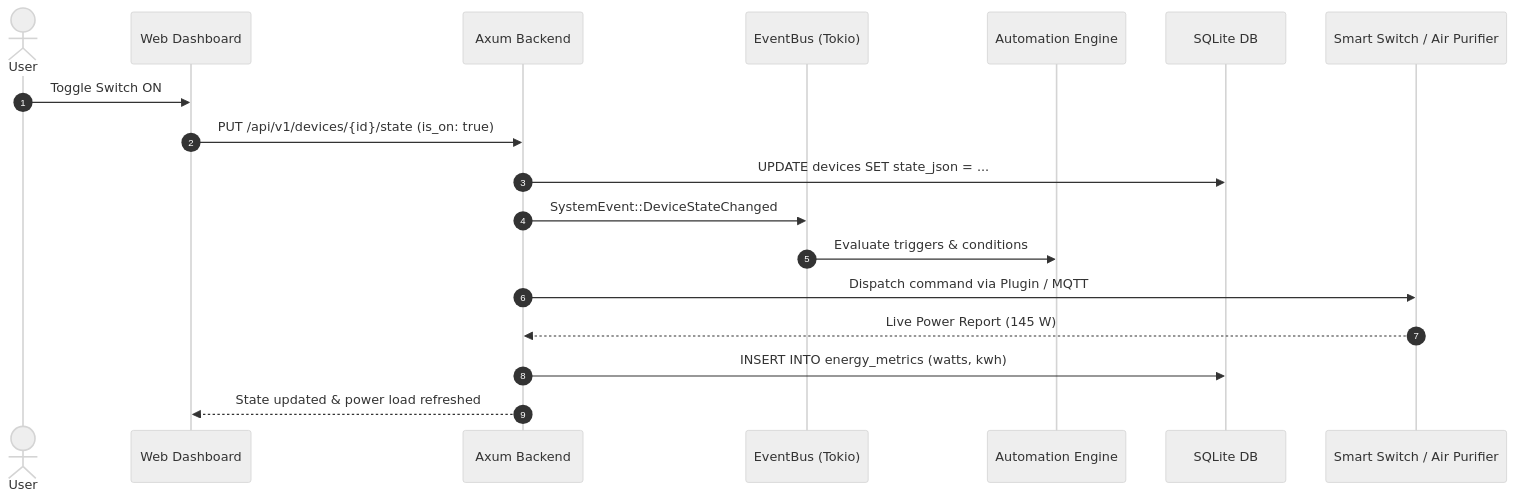
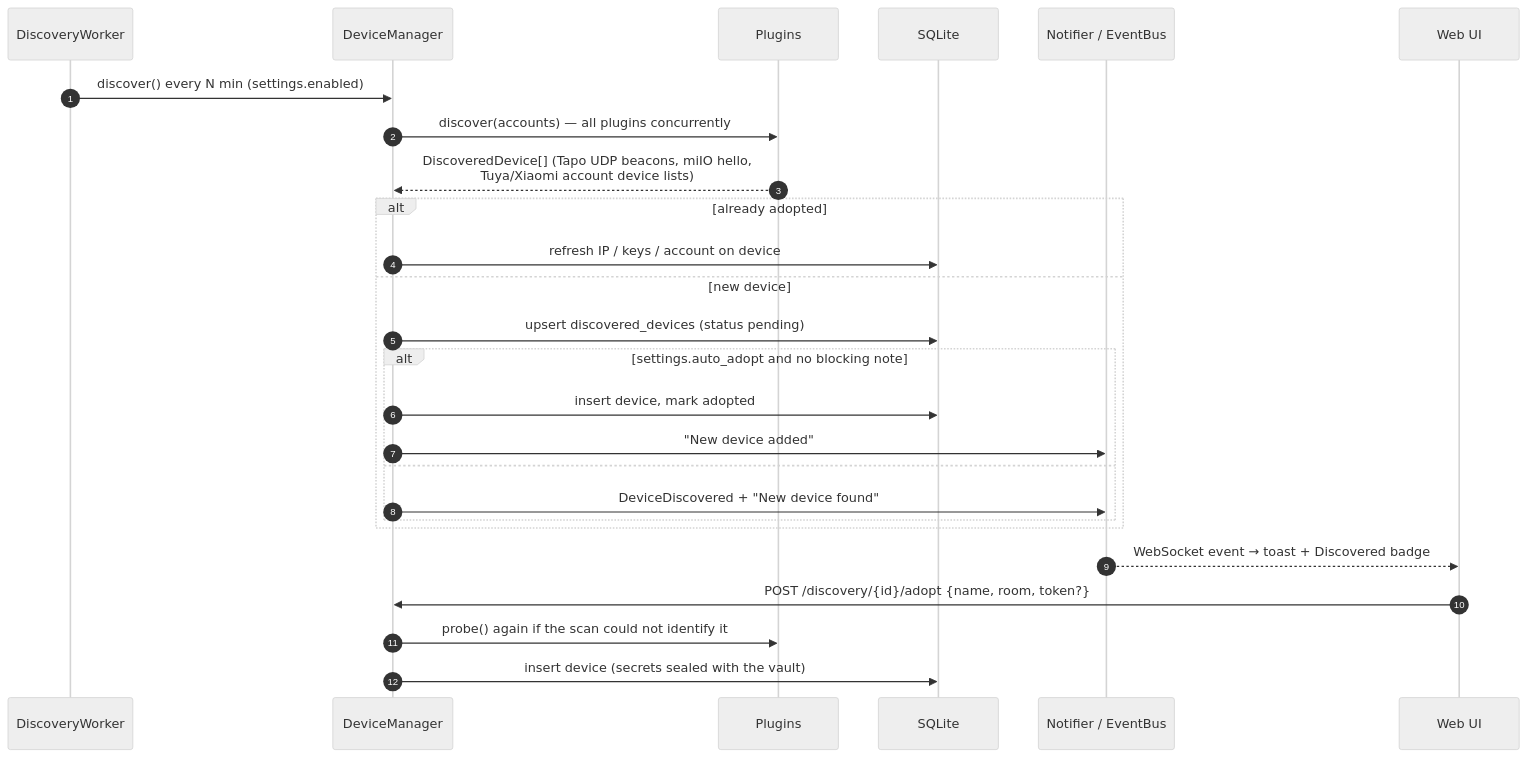
Before and after one commit to aiyu-ayaan/Domus: the third of 8 diagrams in development/docs/ARCHITECTURE.md, drawn with Mermaid (neutral theme). The commit also changed other lines of this file and 3 other files, not shown here.

Commit message:
docs(Architecture) : document integrations, discovery, security and UI architecture

````diff
--- a/development/docs/ARCHITECTURE.md
+++ b/development/docs/ARCHITECTURE.md
@@ -83,21 +97,29 @@
 ```mermaid
 sequenceDiagram
     autonumber
-    actor User
-    participant UI as Web Dashboard
-    participant API as Axum Backend
-    participant Bus as EventBus (Tokio)
-    participant Engine as Automation Engine
-    participant DB as SQLite DB
-    participant Device as Smart Switch / Air Purifier
+    participant W as DiscoveryWorker
+    participant M as DeviceManager
+    participant P as Plugins
+    participant DB as SQLite
+    participant N as Notifier / EventBus
+    participant UI as Web UI
 
-    User->>UI: Toggle Switch ON
-    UI->>API: PUT /api/v1/devices/{id}/state (is_on: true)
-    API->>DB: UPDATE devices SET state_json = ...
-    API->>Bus: SystemEvent::DeviceStateChanged
-    Bus->>Engine: Evaluate triggers & conditions
-    API->>Device: Dispatch command via Plugin / MQTT
-    Device-->>API: Live Power Report (145 W)
-    API->>DB: INSERT INTO energy_metrics (watts, kwh)
-    API-->>UI: State updated & power load refreshed
+    W->>M: discover() every N min (settings.enabled)
+    M->>P: discover(accounts) — all plugins concurrently
+    P-->>M: DiscoveredDevice[] (Tapo UDP beacons, miIO hello,<br/>Tuya/Xiaomi account device lists)
+    alt already adopted
+        M->>DB: refresh IP / keys / account on device
+    else new device
+        M->>DB: upsert discovered_devices (status pending)
+        alt settings.auto_adopt and no blocking note
+            M->>DB: insert device, mark adopted
+            M->>N: "New device added"
+        else
+            M->>N: DeviceDiscovered + "New device found"
+        end
+    end
+    N-->>UI: WebSocket event → toast + Discovered badge
+    UI->>M: POST /discovery/{id}/adopt {name, room, token?}
+    M->>P: probe() again if the scan could not identify it
+    M->>DB: insert device (secrets sealed with the vault)
 ```
````
